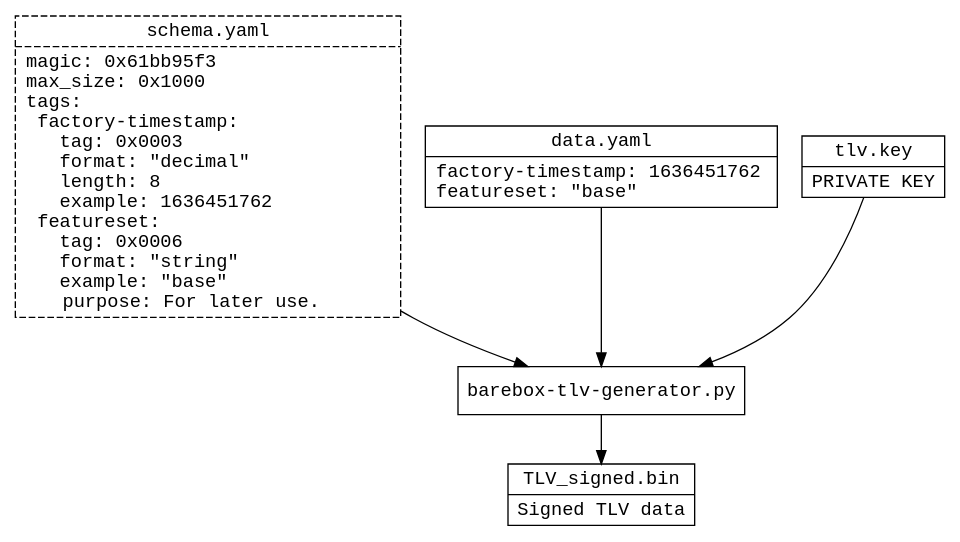
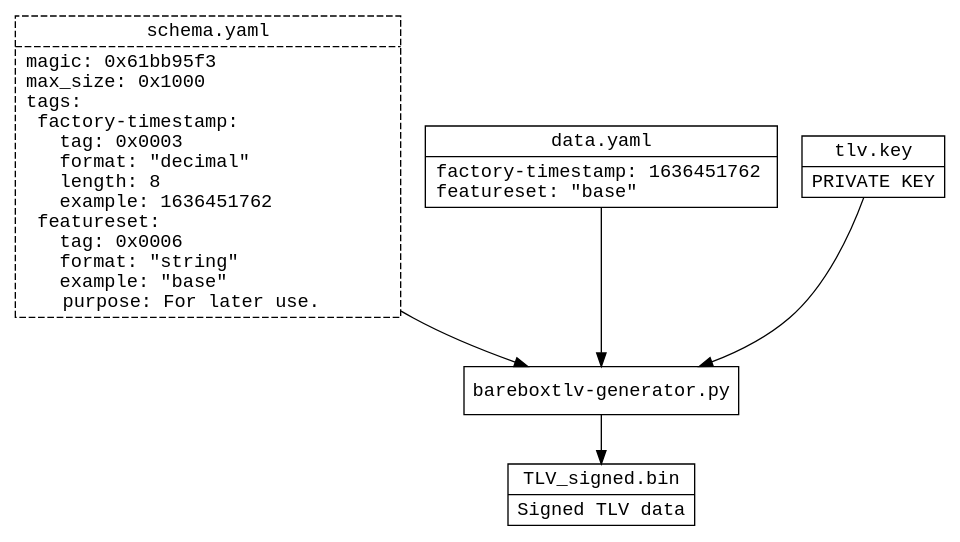
The second of 2 diagrams in Documentation/user/barebox-tlv.rst (barebox/barebox), drawn with Graphviz before and after one commit. The commit also changed other lines of this file and 60 other files, not shown here.

```diff
--- a/Documentation/user/barebox-tlv.rst
+++ b/Documentation/user/barebox-tlv.rst
@@ -136,35 +136,35 @@
 .. graphviz::
 
    digraph tlv_generator {
      node [shape=record fontname="Monospace"]
 
      schema_yaml [label="{schema.yaml |
            magic: 0x61bb95f3
          \lmax_size: 0x1000
          \ltags:
          \l\  factory-timestamp:
          \l\    tag: 0x0003
          \l\    format: \"decimal\"
          \l\    length: 8
          \l\    example: 1636451762
          \l\  featureset:
          \l\    tag: 0x0006
          \l\    format: \"string\"
          \l\    example: \"base\"
          \l\    purpose: For later use.
          }" style=dashed]
 
      data_yaml [label="{data.yaml |
            factory-timestamp: 1636451762
          \lfeatureset: \"base\"\l
          }"]
 
      tlv_key     [label="{tlv.key | PRIVATE KEY}"]
-     generator   [label="barebox-tlv-generator.py"]
+     generator   [label="bareboxtlv-generator.py"]
      signed_bin  [label="{TLV_signed.bin | Signed TLV data}"]
 
      schema_yaml -> generator
      data_yaml   -> generator
      tlv_key     -> generator
      generator   -> signed_bin
    }
```
